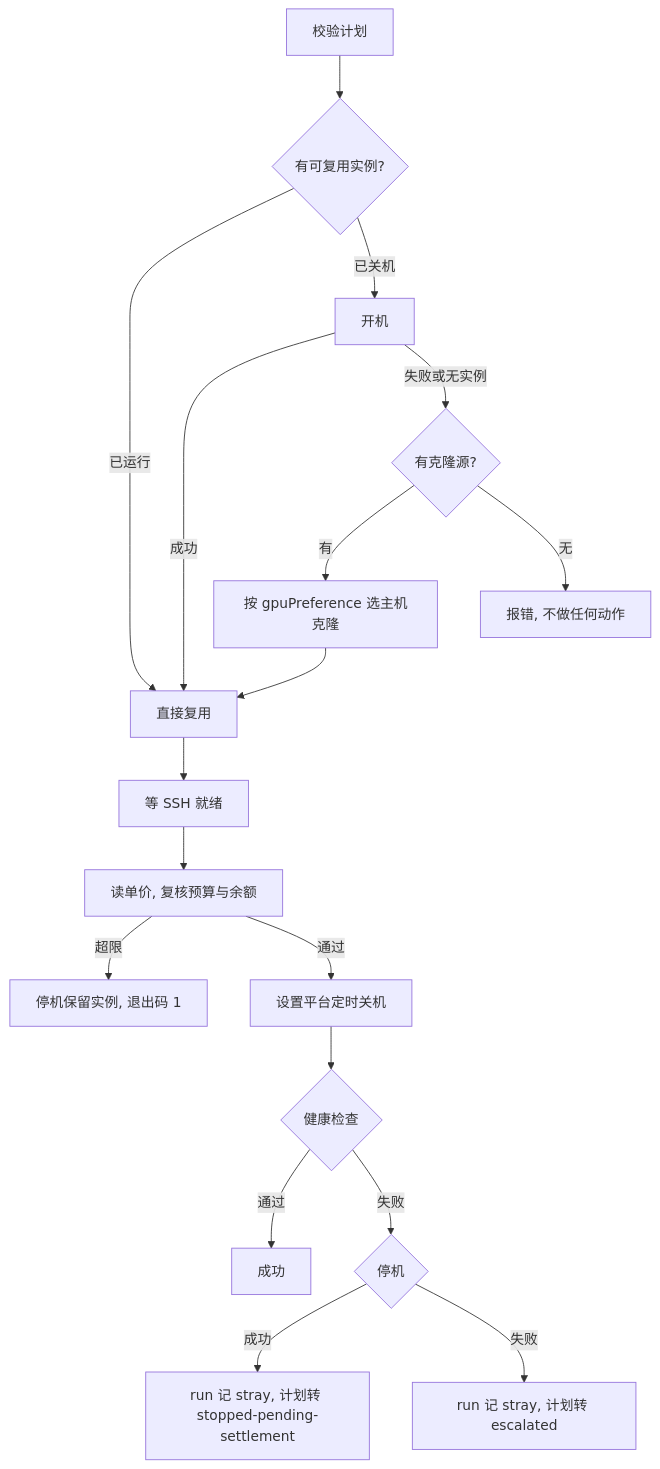
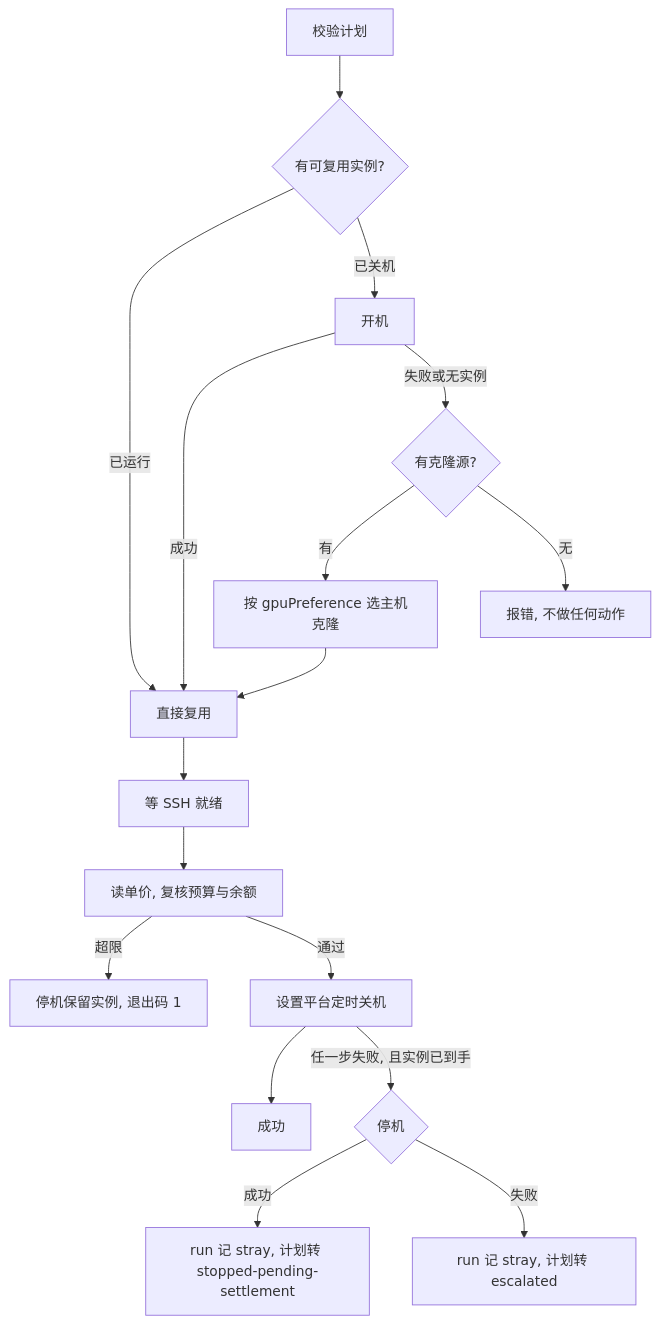
The diagram in docs/OPERATIONS.md (ZQH123196/deploydeck), drawn with Mermaid before and after one commit. The commit also changed other lines of this file and 21 other files, not shown here.

````diff
--- a/docs/OPERATIONS.md
+++ b/docs/OPERATIONS.md
@@ -332,20 +328,19 @@
 ```mermaid
 flowchart TB
   A[校验计划] --> B{有可复用实例?}
   B -- 已运行 --> R[直接复用]
   B -- 已关机 --> C[开机]
   C -- 成功 --> R
   C -- 失败或无实例 --> D{有克隆源?}
   D -- 有 --> E[按 gpuPreference 选主机克隆]
   D -- 无 --> Z1[报错, 不做任何动作]
   E --> R
   R --> F[等 SSH 就绪]
   F --> G[读单价, 复核预算与余额]
   G -- 超限 --> Z2[停机保留实例, 退出码 1]
   G -- 通过 --> H[设置平台定时关机]
-  H --> L{健康检查}
-  L -- 通过 --> OK[成功]
-  L -- 失败 --> M{停机}
+  H --> OK[成功]
+  H -- 任一步失败, 且实例已到手 --> M{停机}
   M -- 成功 --> N[run 记 stray, 计划转 stopped-pending-settlement]
   M -- 失败 --> O[run 记 stray, 计划转 escalated]
 ```
````
